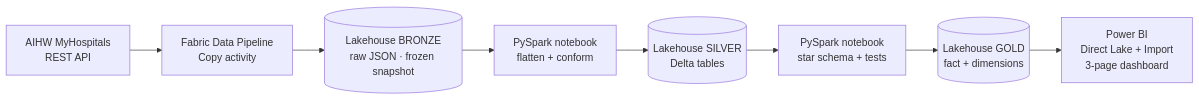
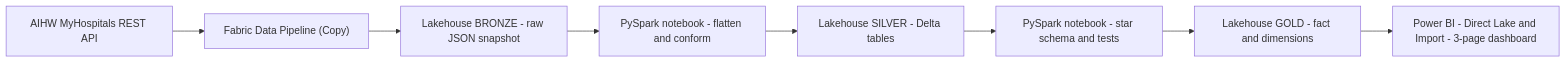
One commit to Pheluciam/health-analytics-fabric-project changed the diagram in README.md. Above: the diagram before and after it, drawn with Mermaid. The commit also changed other lines of this file, not shown here.

Commit message:
Fix README: remove data audit, repair Mermaid diagram

````diff
--- a/README.md
+++ b/README.md
@@ -24,10 +24,10 @@
 ```mermaid
 flowchart LR
-    A[AIHW MyHospitals<br/>REST API] --> B[Fabric Data Pipeline<br/>Copy activity]
-    B --> C[(Lakehouse BRONZE<br/>raw JSON · frozen snapshot)]
-    C --> D[PySpark notebook<br/>flatten + conform]
-    D --> E[(Lakehouse SILVER<br/>Delta tables)]
-    E --> F[PySpark notebook<br/>star schema + tests]
-    F --> G[(Lakehouse GOLD<br/>fact + dimensions)]
-    G --> H[Power BI<br/>Direct Lake + Import<br/>3-page dashboard]
+    A["AIHW MyHospitals REST API"] --> B["Fabric Data Pipeline (Copy)"]
+    B --> C["Lakehouse BRONZE - raw JSON snapshot"]
+    C --> D["PySpark notebook - flatten and conform"]
+    D --> E["Lakehouse SILVER - Delta tables"]
+    E --> F["PySpark notebook - star schema and tests"]
+    F --> G["Lakehouse GOLD - fact and dimensions"]
+    G --> H["Power BI - Direct Lake and Import - 3-page dashboard"]
 ```
````
